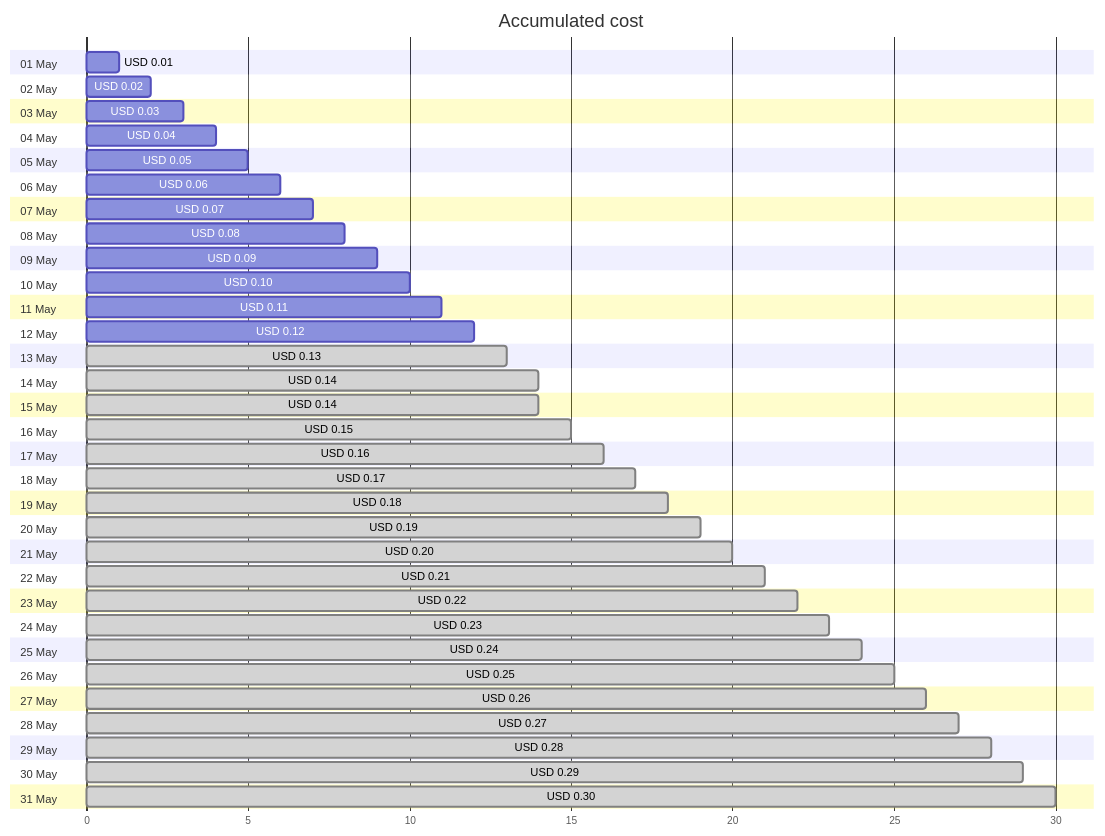
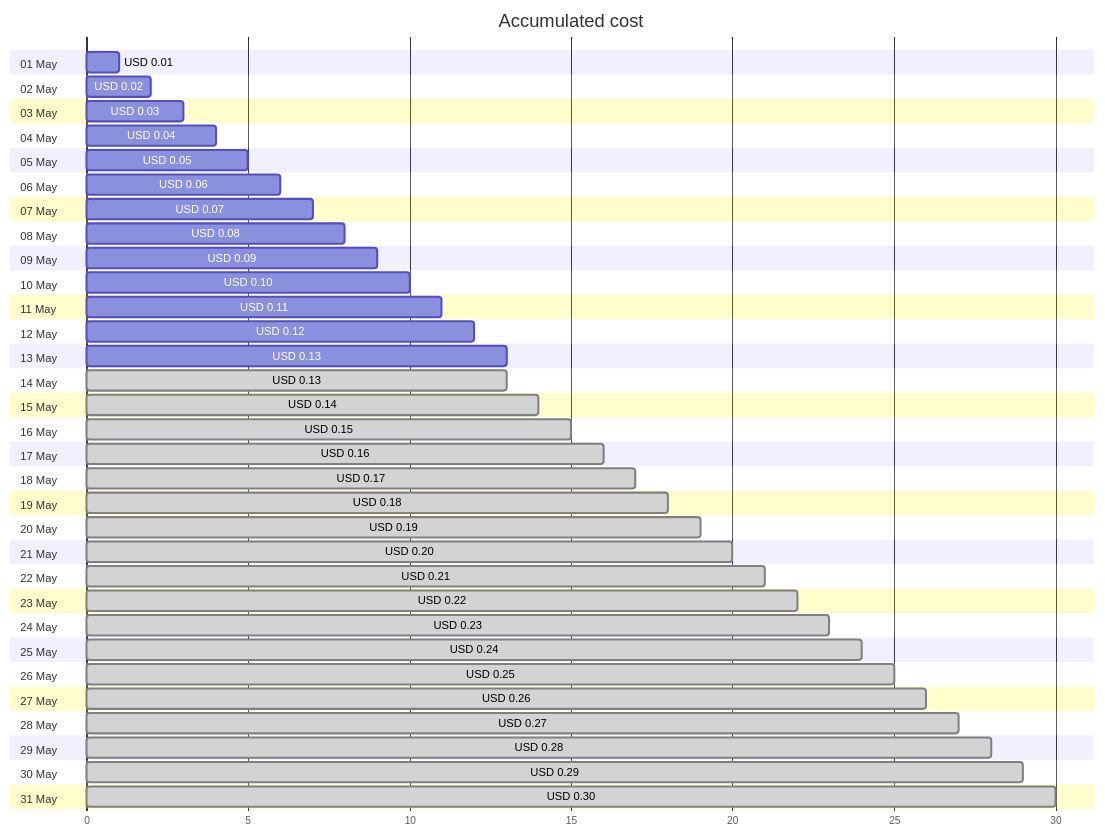
Before and after one commit to jpfulton/azure-personal-reports: the first of 4 diagrams in cost-reports/cloud-shell-storage-eastus/README.md, drawn with Mermaid. The commit also changed other lines of this file and 1 other file, not shown here.

````diff
--- a/cost-reports/cloud-shell-storage-eastus/README.md
+++ b/cost-reports/cloud-shell-storage-eastus/README.md
@@ -20,68 +20,68 @@
 ```mermaid
 gantt
    title Accumulated cost
    dateFormat  X
    axisFormat %s
    section 01 May
    USD 0.01 :0, 1
    section 02 May
    USD 0.02 :0, 2
    section 03 May
    USD 0.03 :0, 3
    section 04 May
    USD 0.04 :0, 4
    section 05 May
    USD 0.05 :0, 5
    section 06 May
    USD 0.06 :0, 6
    section 07 May
    USD 0.07 :0, 7
    section 08 May
    USD 0.08 :0, 8
    section 09 May
    USD 0.09 :0, 9
    section 10 May
    USD 0.10 :0, 10
    section 11 May
    USD 0.11 :0, 11
    section 12 May
    USD 0.12 :0, 12
    section 13 May
+   USD 0.13 :0, 13
+   section 14 May
    USD 0.13 : done, 0, 13
-   section 14 May
-   USD 0.14 : done, 0, 14
    section 15 May
    USD 0.14 : done, 0, 14
    section 16 May
    USD 0.15 : done, 0, 15
    section 17 May
    USD 0.16 : done, 0, 16
    section 18 May
    USD 0.17 : done, 0, 17
    section 19 May
    USD 0.18 : done, 0, 18
    section 20 May
    USD 0.19 : done, 0, 19
    section 21 May
    USD 0.20 : done, 0, 20
    section 22 May
    USD 0.21 : done, 0, 21
    section 23 May
    USD 0.22 : done, 0, 22
    section 24 May
    USD 0.23 : done, 0, 23
    section 25 May
    USD 0.24 : done, 0, 24
    section 26 May
    USD 0.25 : done, 0, 25
    section 27 May
    USD 0.26 : done, 0, 26
    section 28 May
    USD 0.27 : done, 0, 27
    section 29 May
    USD 0.28 : done, 0, 28
    section 30 May
    USD 0.29 : done, 0, 29
    section 31 May
    USD 0.30 : done, 0, 30
 ```
````
